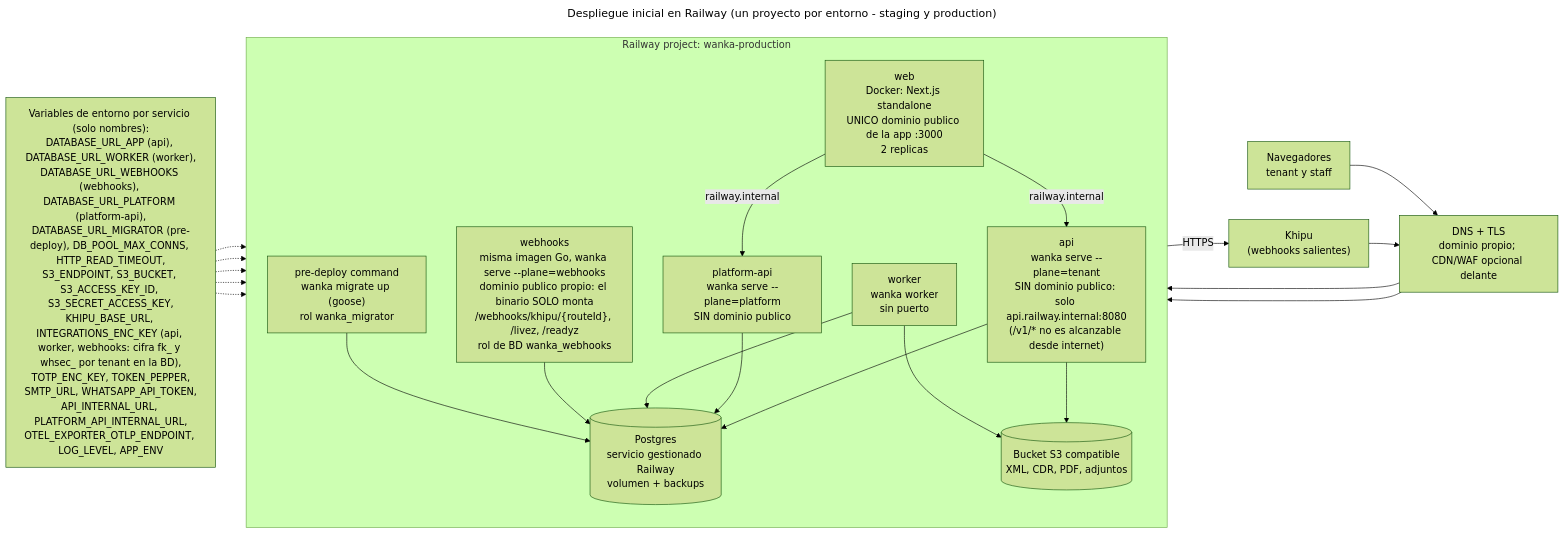
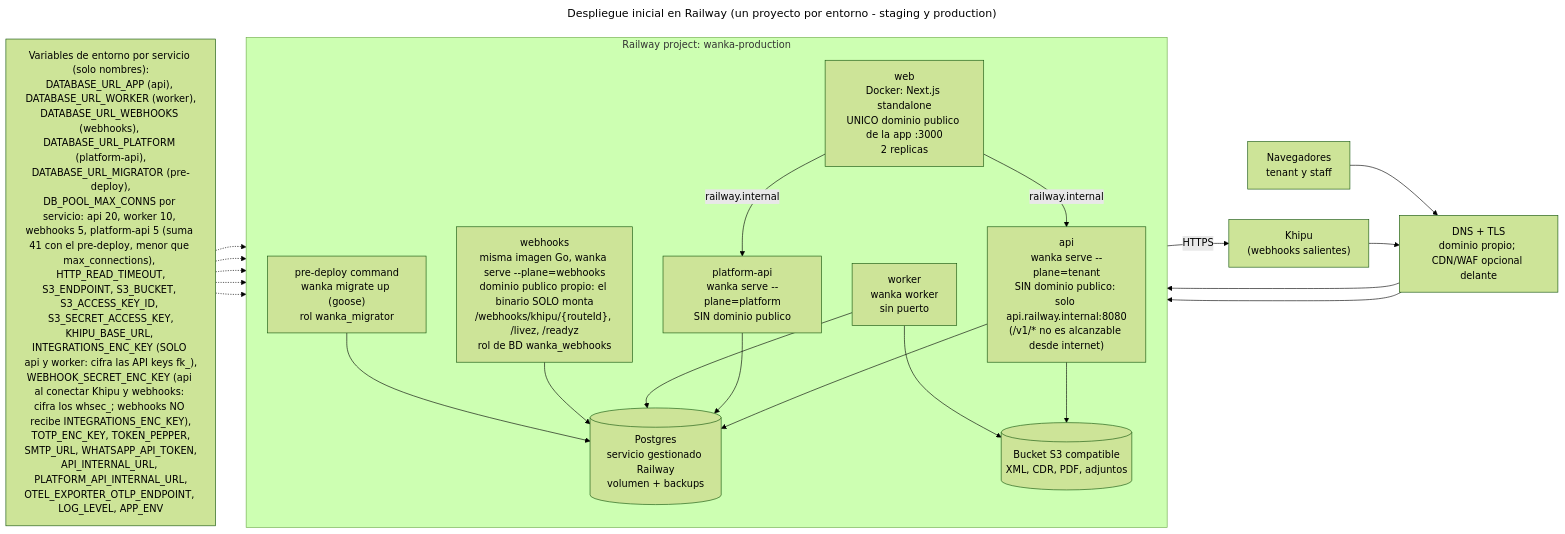
Before and after one commit to bacsystem/wanka: the diagram in docs/architecture/deployment/railway.mmd, drawn with Mermaid (forest theme). The commit also changed 3 other files, not shown here.

First line of the commit message:
docs(architecture): size every pool including webhooks and tidy deployment leftovers

```diff
--- a/docs/architecture/deployment/railway.mmd
+++ b/docs/architecture/deployment/railway.mmd
@@ -1,39 +1,39 @@
 ---
 title: Despliegue inicial en Railway (un proyecto por entorno - staging y production)
 ---
 flowchart LR
   user["Navegadores<br/>tenant y staff"]
   khipu["Khipu<br/>(webhooks salientes)"]
   dns["DNS + TLS<br/>dominio propio; CDN/WAF opcional delante"]
 
   subgraph railway["Railway project: wanka-production"]
     direction TB
     web["web<br/>Docker: Next.js standalone<br/>UNICO dominio publico de la app :3000<br/>2 replicas"]
     webhooks["webhooks<br/>misma imagen Go, wanka serve --plane=webhooks<br/>dominio publico propio: el binario SOLO monta<br/>/webhooks/khipu/{routeId}, /livez, /readyz<br/>rol de BD wanka_webhooks"]
     api["api<br/>wanka serve --plane=tenant<br/>SIN dominio publico: solo api.railway.internal:8080<br/>(/v1/* no es alcanzable desde internet)"]
     papi["platform-api<br/>wanka serve --plane=platform<br/>SIN dominio publico"]
     worker["worker<br/>wanka worker<br/>sin puerto"]
     migrate["pre-deploy command<br/>wanka migrate up (goose)<br/>rol wanka_migrator"]
     pg[("Postgres<br/>servicio gestionado Railway<br/>volumen + backups")]
     bucket[("Bucket S3 compatible<br/>XML, CDR, PDF, adjuntos")]
   end
 
-  secrets["Variables de entorno por servicio (solo nombres):<br/>DATABASE_URL_APP (api), DATABASE_URL_WORKER (worker),<br/>DATABASE_URL_WEBHOOKS (webhooks), DATABASE_URL_PLATFORM (platform-api),<br/>DATABASE_URL_MIGRATOR (pre-deploy), DB_POOL_MAX_CONNS, HTTP_READ_TIMEOUT,<br/>S3_ENDPOINT, S3_BUCKET, S3_ACCESS_KEY_ID, S3_SECRET_ACCESS_KEY,<br/>KHIPU_BASE_URL, INTEGRATIONS_ENC_KEY (api, worker, webhooks: cifra fk_ y whsec_ por tenant en la BD),<br/>TOTP_ENC_KEY, TOKEN_PEPPER,<br/>SMTP_URL, WHATSAPP_API_TOKEN,<br/>API_INTERNAL_URL, PLATFORM_API_INTERNAL_URL,<br/>OTEL_EXPORTER_OTLP_ENDPOINT, LOG_LEVEL, APP_ENV"]
+  secrets["Variables de entorno por servicio (solo nombres):<br/>DATABASE_URL_APP (api), DATABASE_URL_WORKER (worker),<br/>DATABASE_URL_WEBHOOKS (webhooks), DATABASE_URL_PLATFORM (platform-api),<br/>DATABASE_URL_MIGRATOR (pre-deploy),<br/>DB_POOL_MAX_CONNS por servicio: api 20, worker 10, webhooks 5, platform-api 5 (suma 41 con el pre-deploy, menor que max_connections), HTTP_READ_TIMEOUT,<br/>S3_ENDPOINT, S3_BUCKET, S3_ACCESS_KEY_ID, S3_SECRET_ACCESS_KEY,<br/>KHIPU_BASE_URL, INTEGRATIONS_ENC_KEY (SOLO api y worker: cifra las API keys fk_),<br/>WEBHOOK_SECRET_ENC_KEY (api al conectar Khipu y webhooks: cifra los whsec_; webhooks NO recibe INTEGRATIONS_ENC_KEY),<br/>TOTP_ENC_KEY, TOKEN_PEPPER,<br/>SMTP_URL, WHATSAPP_API_TOKEN,<br/>API_INTERNAL_URL, PLATFORM_API_INTERNAL_URL,<br/>OTEL_EXPORTER_OTLP_ENDPOINT, LOG_LEVEL, APP_ENV"]
 
   user --> dns --> web
   khipu --> dns --> webhooks
   web -->|"railway.internal"| api
   web -->|"railway.internal"| papi
   api --> pg
   papi --> pg
   worker --> pg
   webhooks --> pg
   migrate --> pg
   api --> bucket
   worker --> bucket
   worker -->|"HTTPS"| khipu
   secrets -.-> api
   secrets -.-> papi
   secrets -.-> worker
   secrets -.-> webhooks
   secrets -.-> web
```
